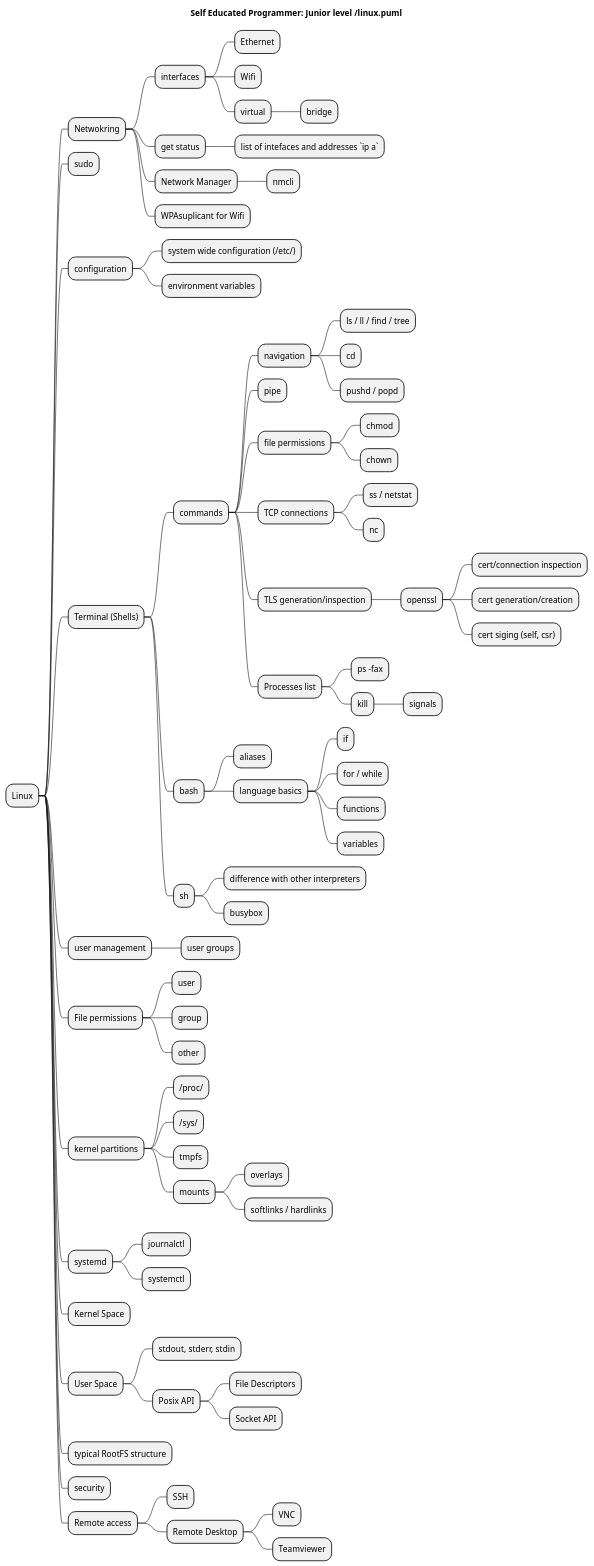
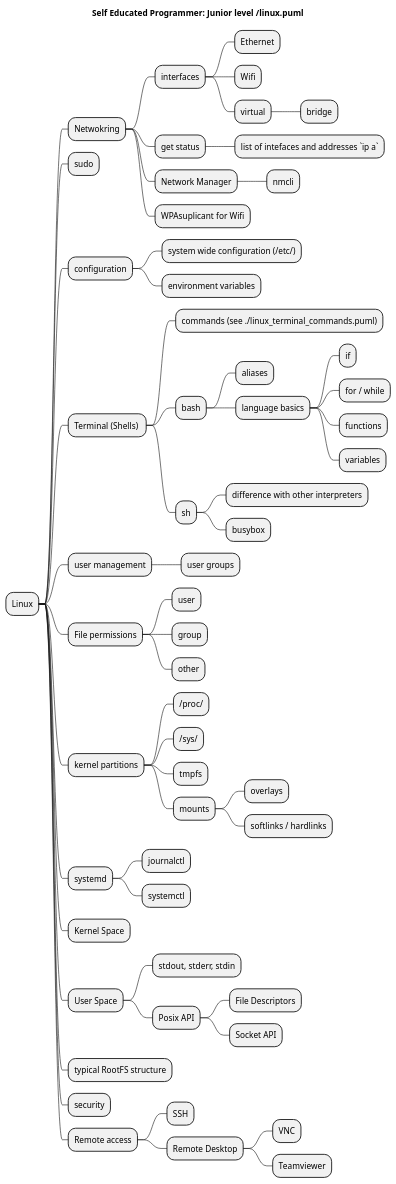
Before and after one commit to SmartSoftDev/self_educated_software_programmer_path: the diagram in src/linux.puml, drawn with PlantUML. The commit also changed 6 other files, not shown here.

```diff
--- a/src/linux.puml
+++ b/src/linux.puml
@@ -1,84 +1,63 @@
 @startmindmap
 title Self Educated Programmer: Junior level /linux.puml
 
 
 * Linux
 ** Netwokring
 *** interfaces
 **** Ethernet
 **** Wifi
 **** virtual
 ***** bridge
 *** get status
 **** list of intefaces and addresses `ip a`
 *** Network Manager
 **** nmcli
 *** WPAsuplicant for Wifi
 ** sudo
 ** configuration
 *** system wide configuration (/etc/)
 *** environment variables
-** Terminal (Shells)
-*** commands
-**** navigation
-***** ls / ll / find / tree
-***** cd
-***** pushd / popd
-**** pipe
-**** file permissions
-***** chmod
-***** chown
-**** TCP connections
-***** ss / netstat
-***** nc
-**** TLS generation/inspection
-***** openssl
-****** cert/connection inspection
-****** cert generation/creation
-****** cert siging (self, csr)
-**** Processes list
-***** ps -fax
-***** kill
-****** signals
+** Terminal (Shells) 
+*** commands (see ./linux_terminal_commands.puml)
 *** bash
 **** aliases
 **** language basics
 ***** if
 ***** for / while
 ***** functions
 ***** variables
 *** sh
 **** difference with other interpreters
 **** busybox
 ** user management
 *** user groups
 ** File permissions
 *** user
 *** group
 *** other
 ** kernel partitions
 *** /proc/
 *** /sys/
 *** tmpfs
 *** mounts
 **** overlays
 **** softlinks / hardlinks
 ** systemd
 *** journalctl
 *** systemctl
 ** Kernel Space
 ** User Space
 *** stdout, stderr, stdin
 *** Posix API
 **** File Descriptors
 **** Socket API
 ** typical RootFS structure
 ** security
 ** Remote access
 *** SSH
 *** Remote Desktop
 **** VNC
 **** Teamviewer
 
-
 @endmindmap
```
